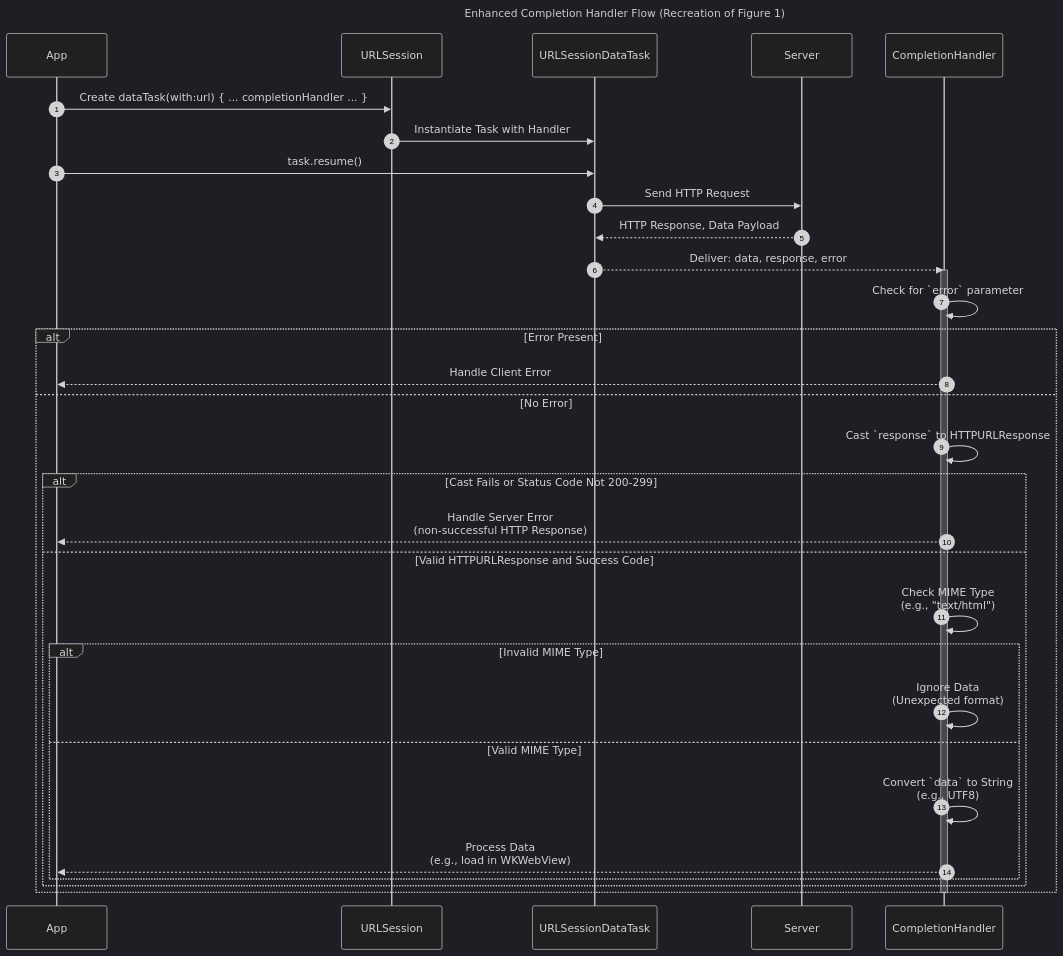
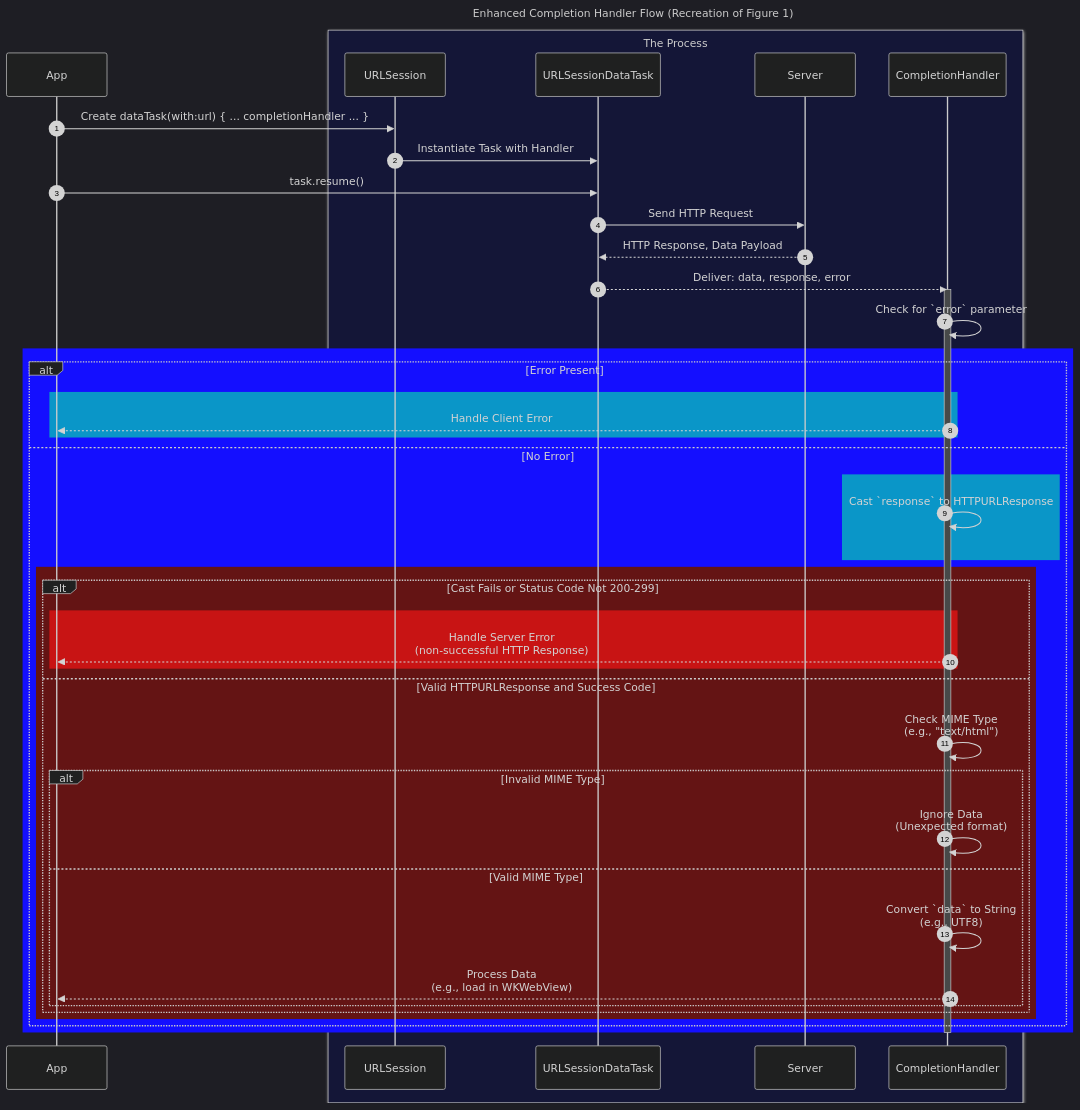
The third of 5 diagrams in WEB_TECH/Fetching_website_data_into_memory/Fetching_website_data_into_memory_V2.md (CongLeSolutionX/iOS-development-vault), drawn with Mermaid before and after one commit.

Commit message:
update note

````diff
--- a/WEB_TECH/Fetching_website_data_into_memory/Fetching_website_data_into_memory_V2.md
+++ b/WEB_TECH/Fetching_website_data_into_memory/Fetching_website_data_into_memory_V2.md
@@ -128,44 +128,58 @@
 ```mermaid
 ---
 title: Enhanced Completion Handler Flow (Recreation of Figure 1)
 config:
   layout: elk
   look: handDrawn
   theme: dark
 ---
 sequenceDiagram
     autonumber
     participant App
-    participant URLSession
-    participant URLSessionDataTask
-    participant Server
-    participant CompletionHandler
+    
+    box rgb(20, 22, 55) The Process
+        participant URLSession
+        participant URLSessionDataTask
+        participant Server
+        participant CompletionHandler
+    end
 
     App->>URLSession: Create dataTask(with:url) { ... completionHandler ... }
     URLSession->>URLSessionDataTask: Instantiate Task with Handler
     App->>URLSessionDataTask: task.resume()
     URLSessionDataTask->>Server: Send HTTP Request
     Server-->>URLSessionDataTask: HTTP Response, Data Payload
     URLSessionDataTask-->>CompletionHandler: Deliver: data, response, error
 
     activate CompletionHandler
     CompletionHandler->>CompletionHandler: Check for `error` parameter
+    
+    rect rgb(20, 15, 255)
     alt Error Present
+        rect rgb(10, 150, 200)
         CompletionHandler-->>App: Handle Client Error
+        end
     else No Error
+        rect rgb(10, 150, 200)
         CompletionHandler->>CompletionHandler: Cast `response` to HTTPURLResponse
+        end
+        rect rgb(100, 20, 20)
         alt Cast Fails or Status Code Not 200-299
+            rect rgb(200, 20, 20)
             CompletionHandler-->>App: Handle Server Error<br>(non-successful HTTP Response)
+            end
         else Valid HTTPURLResponse and Success Code
             CompletionHandler->>CompletionHandler: Check MIME Type<br>(e.g., "text/html")
             alt Invalid MIME Type
                 CompletionHandler->>CompletionHandler: Ignore Data<br>(Unexpected format)
             else Valid MIME Type
                 CompletionHandler->>CompletionHandler: Convert `data` to String<br>(e.g., UTF8)
                 CompletionHandler-->>App: Process Data<br>(e.g., load in WKWebView)
             end
         end
+        end
+    end
     end
     deactivate CompletionHandler
-    
+       
 ```
````
